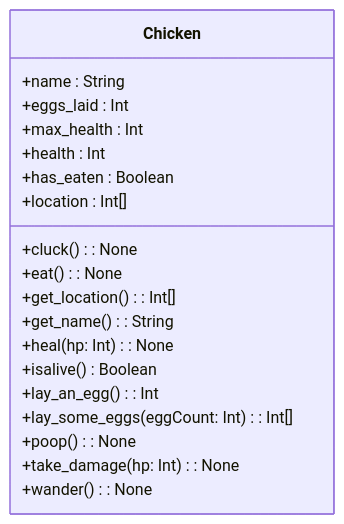
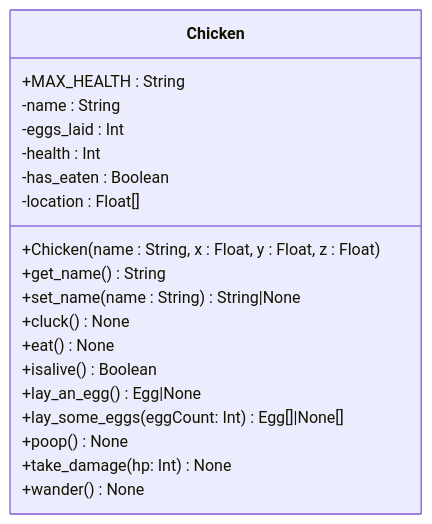
Before and after one commit to aehng/Lecture-Notes: the first of 17 diagrams in Module3/UML.md, drawn with Mermaid. The commit also changed other lines of this file and 3 other files, not shown here.

Commit message:
Fix mistakes in UML diagrams. Let the bug hunt begin!

````diff
--- a/Module3/UML.md
+++ b/Module3/UML.md
@@ -63,22 +63,22 @@
 ```mermaid
 classDiagram
 class Chicken {
-    +name : String
-    +eggs_laid : Int
-    +max_health : Int
-    +health : Int
-    +has_eaten : Boolean
-    +location : Int[]
-    +cluck(): None
-    +eat(): None
-    +get_location(): Int[]
-    +get_name(): String
-    +heal(hp: Int): None
+    +MAX_HEALTH : String
+    -name : String
+    -eggs_laid : Int
+    -health : Int
+    -has_eaten : Boolean
+    -location : Float[]
+    +Chicken(name : String, x : Float, y : Float, z : Float)
+    +get_name() String
+    +set_name(name : String) String|None
+    +cluck() None
+    +eat() None
     +isalive() Boolean
-    +lay_an_egg(): Int
-    +lay_some_eggs(eggCount: Int): Int[]
-    +poop(): None
-    +take_damage(hp: Int): None
-    +wander(): None
+    +lay_an_egg() Egg|None
+    +lay_some_eggs(eggCount: Int) Egg[]|None[]
+    +poop() None
+    +take_damage(hp: Int) None
+    +wander() None
 }
 ```
````
